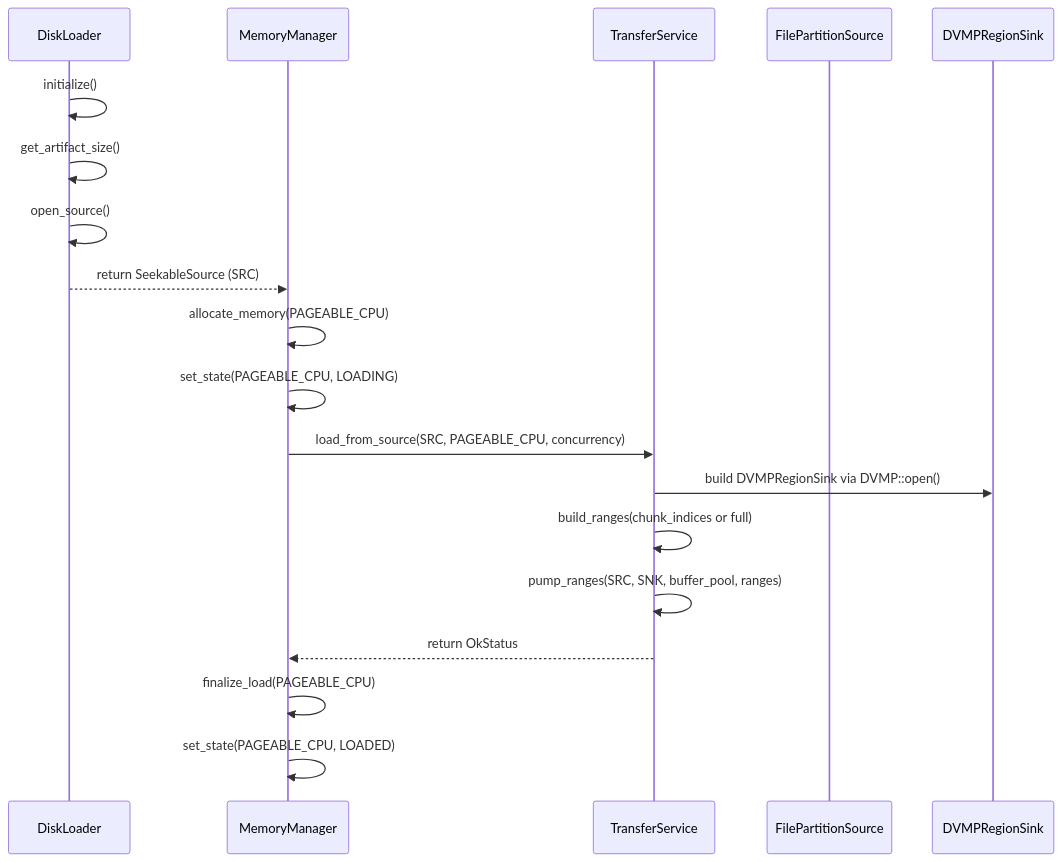
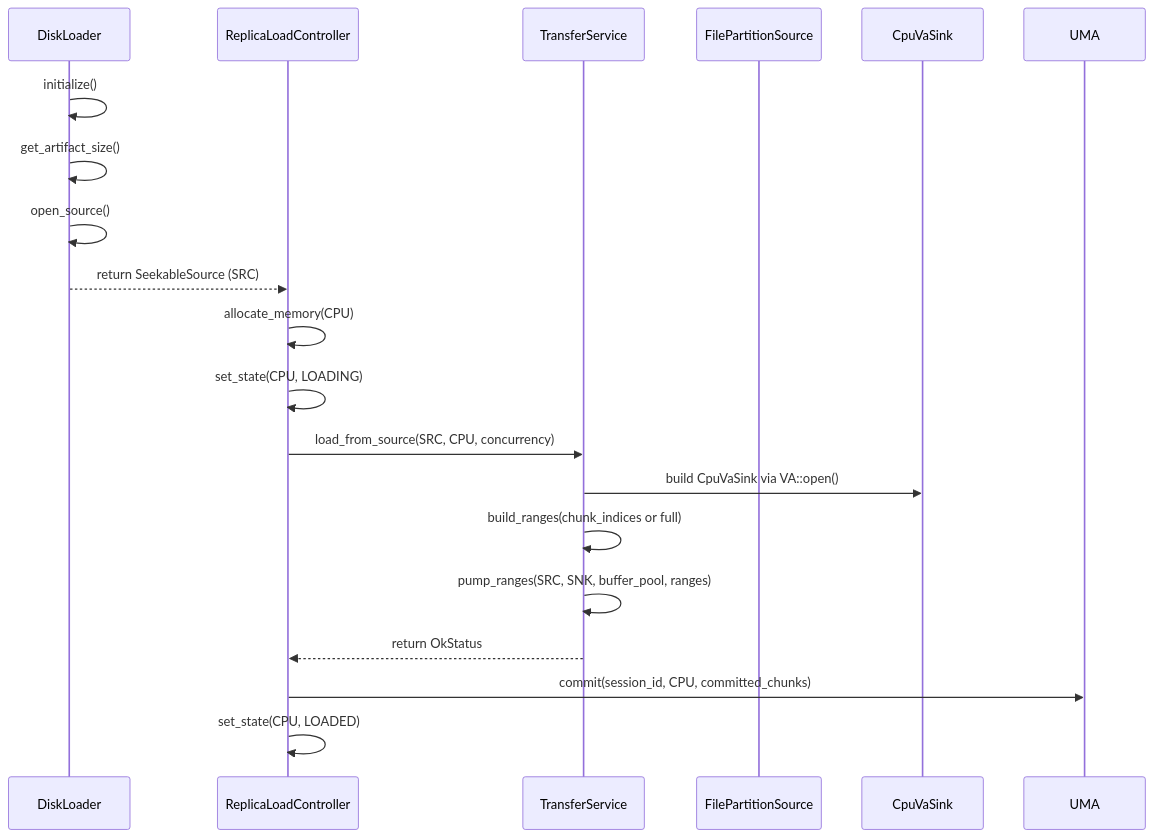
Before and after one commit to tensorcast-ai/tensorcast: the sixth of 13 diagrams in core/store/docs/architecture.md, drawn with Mermaid. The commit also changed other lines of this file and 155 other files, not shown here.

````diff
--- a/core/store/docs/architecture.md
+++ b/core/store/docs/architecture.md
@@ -322,24 +319,23 @@
 ```mermaid
 sequenceDiagram
     participant DL as DiskLoader
-    participant MM as MemoryManager
+    participant MM as ReplicaLoadController
     participant TS as TransferService
     participant SRC as FilePartitionSource
-    participant SNK as DVMPRegionSink
+    participant SNK as CpuVaSink
 
     DL->>DL: initialize()
     DL->>DL: get_artifact_size()
     DL->>DL: open_source()
     DL-->>MM: return SeekableSource (SRC)
 
-    MM->>MM: allocate_memory(PAGEABLE_CPU)
-    MM->>MM: set_state(PAGEABLE_CPU, LOADING)
-    MM->>TS: load_from_source(SRC, PAGEABLE_CPU, concurrency)
-    TS->>SNK: build DVMPRegionSink via DVMP::open()
+    MM->>MM: allocate_memory(CPU)
+    MM->>MM: set_state(CPU, LOADING)
+    MM->>TS: load_from_source(SRC, CPU, concurrency)
+    TS->>SNK: build CpuVaSink via VA::open()
     TS->>TS: build_ranges(chunk_indices or full)
     TS->>TS: pump_ranges(SRC, SNK, buffer_pool, ranges)
     TS-->>MM: return OkStatus
-
-    MM->>MM: finalize_load(PAGEABLE_CPU)
-    MM->>MM: set_state(PAGEABLE_CPU, LOADED)
+    MM->>UMA: commit(session_id, CPU, committed_chunks)
+    MM->>MM: set_state(CPU, LOADED)
 ```
````
